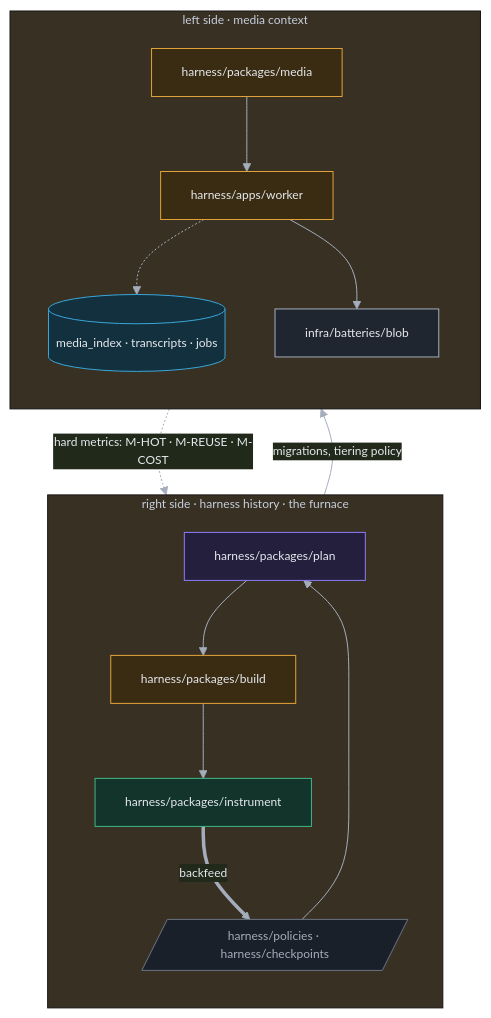
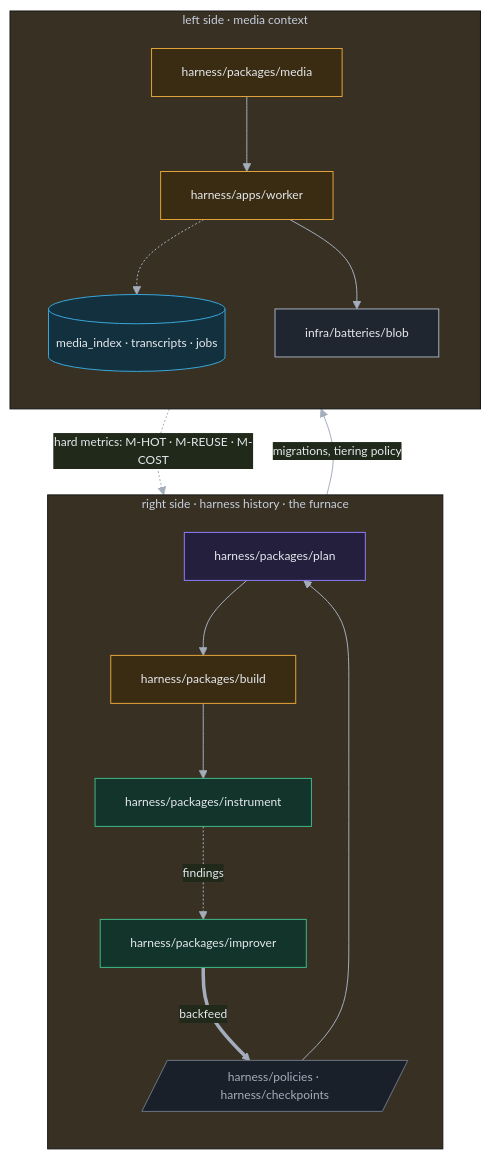
The seventh of 9 diagrams in docs/10-architecture.md (pastarita/3pt), drawn with Mermaid before and after one commit. The commit also changed other lines of this file and 24 other files, not shown here.

````diff
--- a/docs/10-architecture.md
+++ b/docs/10-architecture.md
@@ -328,32 +345,34 @@
 ```mermaid
 %%{init: {"theme":"base","themeVariables":{"background":"#0f1216","primaryColor":"#1a2029","primaryTextColor":"#e6e9ee","primaryBorderColor":"#3a4552","lineColor":"#a3adbb","fontFamily":"ui-monospace, Menlo, monospace","fontSize":"12px"}}}%%
 flowchart TB
   subgraph RIGHT["right side · harness history · the furnace"]
     direction TB
     RP[harness/packages/plan]:::plan
     RB[harness/packages/build]:::build
     RI[harness/packages/instrument]:::inst
+    RM[harness/packages/improver]:::inst
     RD[/harness/policies · harness/checkpoints/]:::data
     RP --> RB --> RI
-    RI ==>|backfeed| RD
+    RI -.->|findings| RM
+    RM ==>|backfeed| RD
     RD --> RP
   end
   subgraph LEFT["left side · media context"]
     direction TB
     LM[harness/packages/media]:::build
     LW[harness/apps/worker]:::build
     LB[infra/batteries/blob]:::battery
     LA[("media_index · transcripts · jobs")]:::atlas
     LM --> LW
     LW -.-> LA
     LW --> LB
   end
   RI -->|"migrations, tiering policy"| LM
   LA -.->|"hard metrics: M-HOT · M-REUSE · M-COST"| RI
   classDef plan fill:#241f3d,stroke:#8b7cf6,color:#e6e9ee
   classDef build fill:#3a2c12,stroke:#e0a33a,color:#e6e9ee
   classDef inst fill:#12342a,stroke:#3fb886,color:#e6e9ee
   classDef atlas fill:#12303d,stroke:#3aa6d9,color:#e6e9ee
   classDef battery fill:#1f262f,stroke:#a3adbb,color:#e6e9ee
   classDef data fill:#1a2029,stroke:#6b7684,color:#a3adbb
 ```
````
